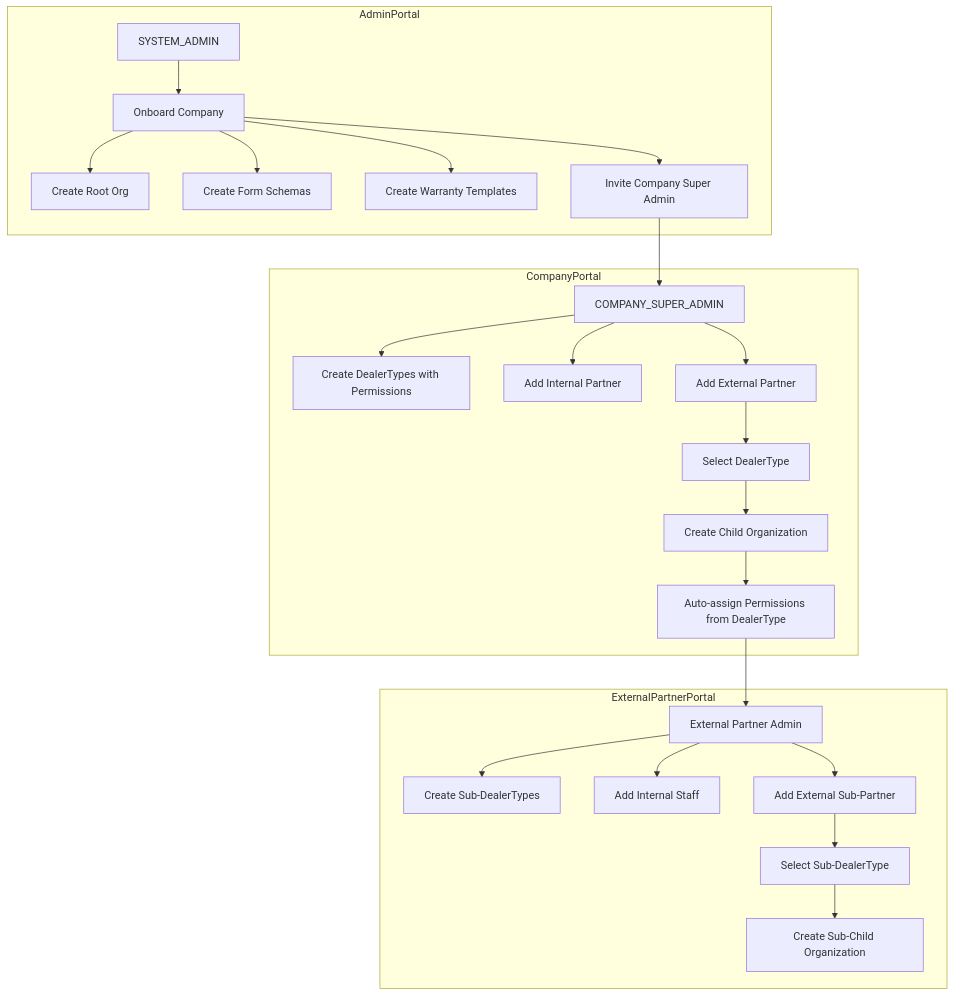
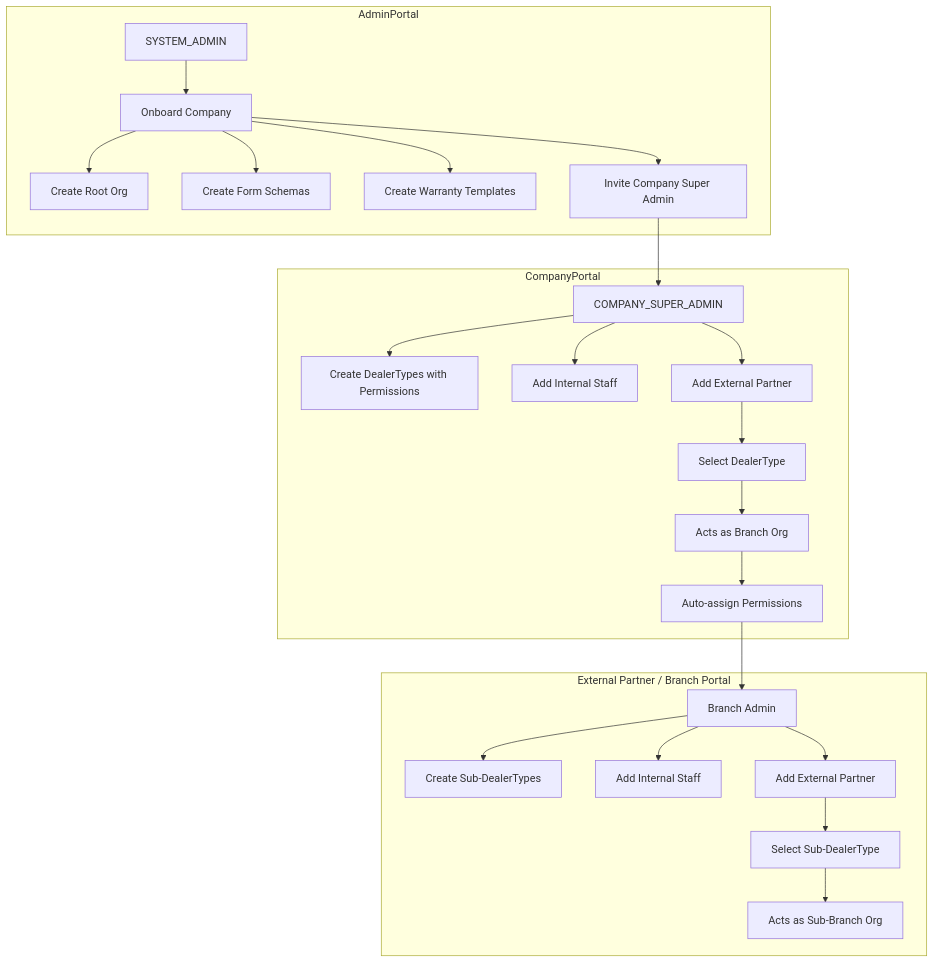
Before and after one commit to NightDevilPT/warranty-management: the diagram in README.md, drawn with Mermaid. The commit also changed other lines of this file, not shown here.

````diff
--- a/README.md
+++ b/README.md
@@ -206,33 +283,33 @@
 ```mermaid
 flowchart TD
   subgraph AdminPortal
     sysAdmin[SYSTEM_ADMIN]
     sysAdmin --> onboard[Onboard Company]
     onboard --> createOrg[Create Root Org]
     onboard --> createSchemas[Create Form Schemas]
     onboard --> createTemplates[Create Warranty Templates]
     onboard --> inviteCSA[Invite Company Super Admin]
   end
 
   subgraph CompanyPortal
     csa[COMPANY_SUPER_ADMIN]
     csa --> createDealerType[Create DealerTypes with Permissions]
-    csa --> addInternal[Add Internal Partner]
+    csa --> addInternal[Add Internal Staff]
     csa --> addExternal[Add External Partner]
     addExternal --> selectDealerType[Select DealerType]
-    selectDealerType --> createChildOrg[Create Child Organization]
-    createChildOrg --> assignPerms[Auto-assign Permissions from DealerType]
+    selectDealerType --> actAsBranch[Acts as Branch Org]
+    actAsBranch --> assignPerms[Auto-assign Permissions]
   end
 
-  subgraph ExternalPartnerPortal
-    extPartner[External Partner Admin]
+  subgraph BranchPortal[External Partner / Branch Portal]
+    extPartner[Branch Admin]
     extPartner --> createSubDealerType[Create Sub-DealerTypes]
     extPartner --> addSubInternal[Add Internal Staff]
-    extPartner --> addSubExternal[Add External Sub-Partner]
+    extPartner --> addSubExternal[Add External Partner]
     addSubExternal --> selectSubDealerType[Select Sub-DealerType]
-    selectSubDealerType --> createSubOrg[Create Sub-Child Organization]
+    selectSubDealerType --> actAsSubBranch[Acts as Sub-Branch Org]
   end
 
   inviteCSA --> csa
   assignPerms --> extPartner
 ```
````
